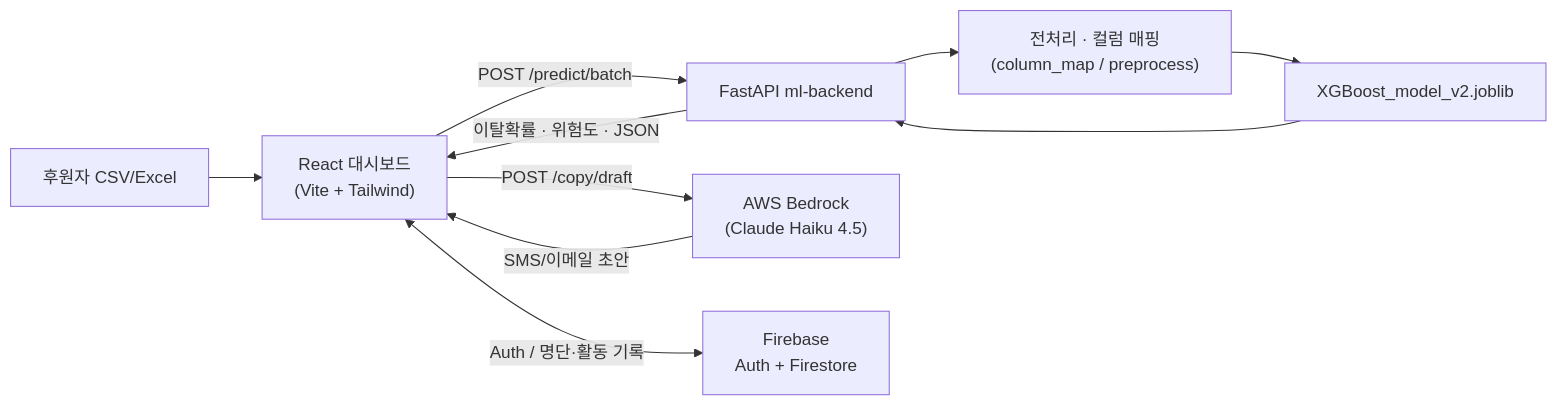
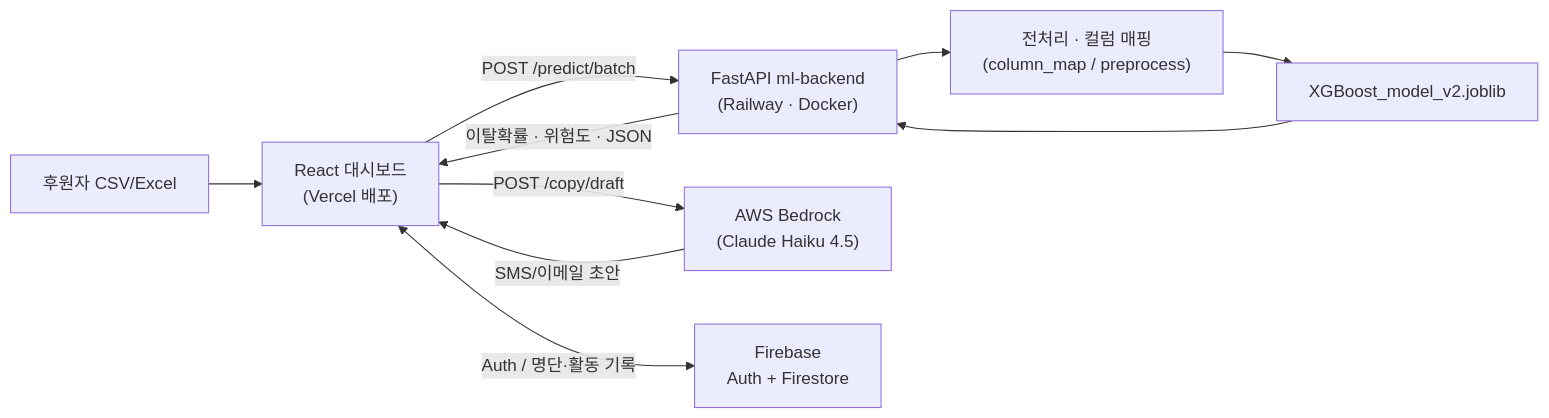
Before and after one commit to SKNETWORKS-FAMILY-AICAMP/SKN34-2nd-6Team: the diagram in README.md, drawn with Mermaid. The commit also changed other lines of this file and 5 other files, not shown here.

````diff
--- a/README.md
+++ b/README.md
@@ -96,14 +149,14 @@
 ```mermaid
 flowchart LR
-  U["후원자 CSV/Excel"] --> FE["React 대시보드<br/>(Vite + Tailwind)"]
-  FE -->|POST /predict/batch| API["FastAPI ml-backend"]
+  U["후원자 CSV/Excel"] --> FE["React 대시보드<br/>(Vercel 배포)"]
+  FE -->|POST /predict/batch| API["FastAPI ml-backend<br/>(Railway · Docker)"]
   API --> PRE["전처리 · 컬럼 매핑<br/>(column_map / preprocess)"]
   PRE --> MODEL["XGBoost_model_v2.joblib"]
   MODEL --> API
   API -->|이탈확률 · 위험도 · JSON| FE
 
   FE -->|POST /copy/draft| BEDROCK["AWS Bedrock<br/>(Claude Haiku 4.5)"]
   BEDROCK -->|SMS/이메일 초안| FE
 
   FE <-->|"Auth / 명단·활동 기록"| FIREBASE["Firebase<br/>Auth + Firestore"]
 ```
````
